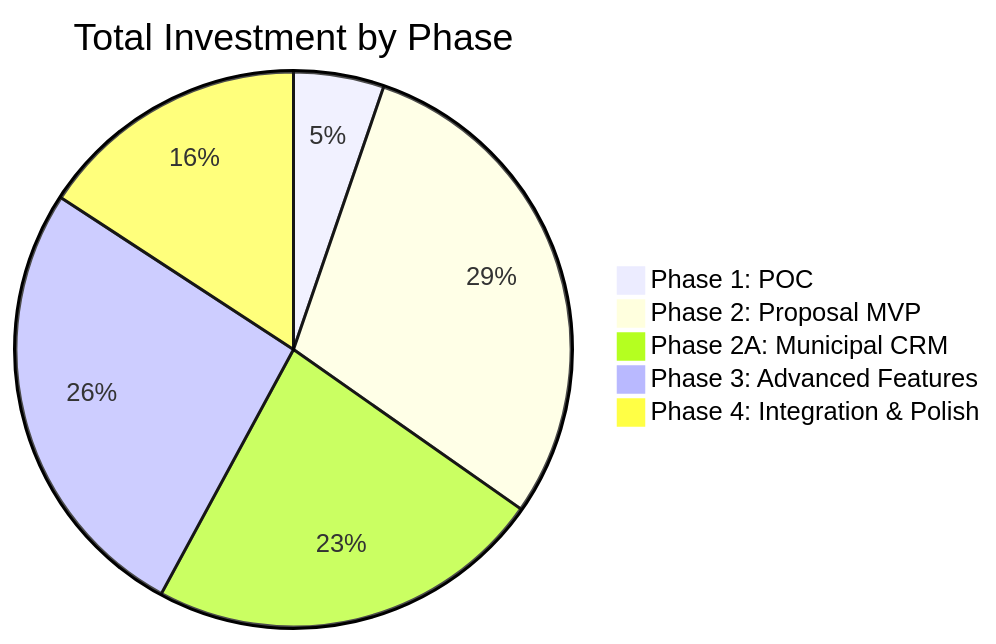
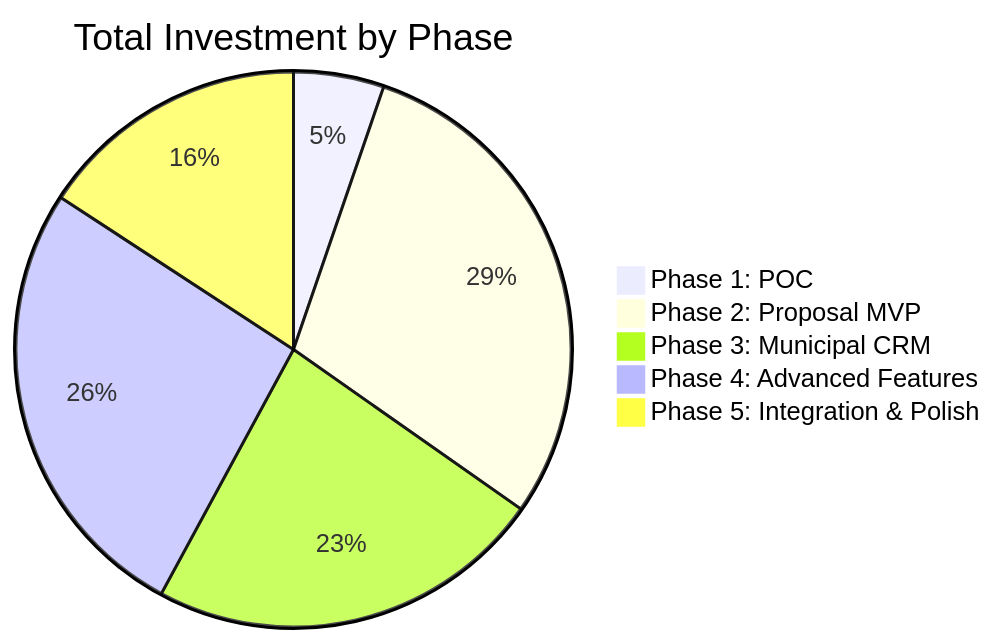
Before and after one commit to elikiedrowski/ECI_Site_Construction: the first of 3 diagrams in Project-Cost-Estimate.md, drawn with Mermaid. The commit also changed other lines of this file and 1 other file, not shown here.

Commit message:
Renumber phases to whole numbers (removed 2A notation): Phase 1-5 instead of Phase 1,2,2A,3,4

````diff
--- a/Project-Cost-Estimate.md
+++ b/Project-Cost-Estimate.md
@@ -30,8 +30,8 @@
 ```mermaid
 pie title Total Investment by Phase
     "Phase 1: POC" : 5000
     "Phase 2: Proposal MVP" : 28000
-    "Phase 2A: Municipal CRM" : 22000
-    "Phase 3: Advanced Features" : 25000
-    "Phase 4: Integration & Polish" : 15000
+    "Phase 3: Municipal CRM" : 22000
+    "Phase 4: Advanced Features" : 25000
+    "Phase 5: Integration & Polish" : 15000
 ```
````
